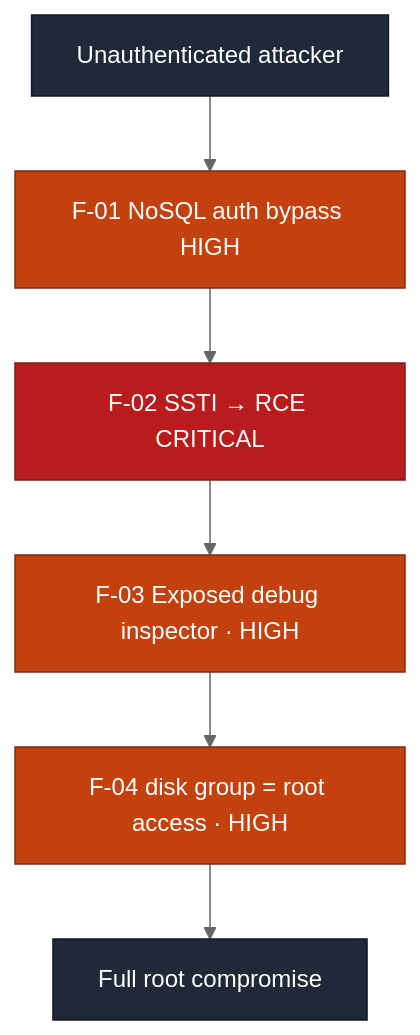
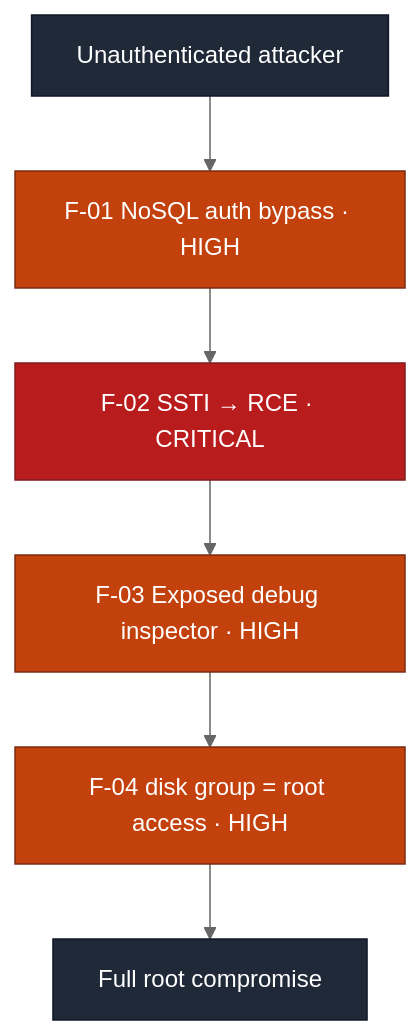
Before and after one commit to ouroboros-white/cybersecurity-portfolio: the first of 2 diagrams in reports/host-compromise-2026-08.md, drawn with Mermaid (neutral theme). The commit also changed other lines of this file and 7 other files, not shown here.

````diff
--- a/reports/host-compromise-2026-08.md
+++ b/reports/host-compromise-2026-08.md
@@ -51,14 +51,14 @@
 ```mermaid
 flowchart TD
-    S["Unauthenticated attacker"] --> F1["F-01 NoSQL auth bypass HIGH"]
-    F1 --> F2["F-02 SSTI → RCE CRITICAL"]
+    S["Unauthenticated attacker"] --> F1["F-01 NoSQL auth bypass · HIGH"]
+    F1 --> F2["F-02 SSTI → RCE · CRITICAL"]
     F2 --> F3["F-03 Exposed debug inspector · HIGH"]
     F3 --> F4["F-04 disk group = root access · HIGH"]
     F4 --> R["Full root compromise"]
     classDef crit fill:#b91c1c,stroke:#7f1d1d,color:#ffffff;
     classDef high fill:#c2410c,stroke:#7c2d12,color:#ffffff;
     classDef term fill:#1f2937,stroke:#111827,color:#ffffff;
     class F2 crit;
     class F1,F3,F4 high;
     class S,R term;
 ```
````
